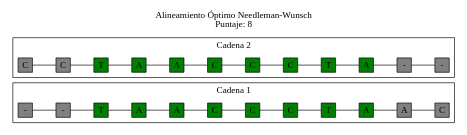
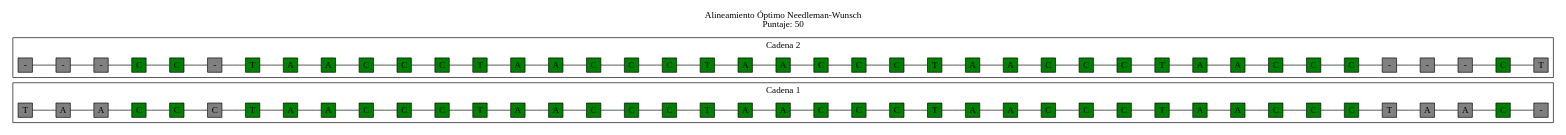
The diagram in alineamiento_resultado.dot (Ciel-gtz/Proyecto_Algoritmos_2025), drawn with Graphviz before and after one commit. The commit also changed 10 other files, not shown here.

```diff
--- a/alineamiento_resultado.dot
+++ b/alineamiento_resultado.dot
@@ -1,64 +1,180 @@
 digraph AlignmentResult {
   rankdir=LR; // Izquierda a Derecha
-  label = "Alineamiento Óptimo Needleman-Wunsch\nPuntaje: 8";
+  label = "Alineamiento Óptimo Needleman-Wunsch\nPuntaje: 50";
   labelloc = "t";
 
   subgraph cluster_C1 {
     label = "Cadena 1";
     rank = same;
     node [shape=box, style=filled, height=0.3, width=0.3, fixedsize=true];
-    C1_0 [label="-", fillcolor=gray, group=g0];
-    C1_1 [label="-", fillcolor=gray, group=g1];
+    C1_0 [label="T", fillcolor=gray, group=g0];
+    C1_1 [label="A", fillcolor=gray, group=g1];
     C1_0 -> C1_1 [dir=none];
-    C1_2 [label="T", fillcolor=green, group=g2];
+    C1_2 [label="A", fillcolor=gray, group=g2];
     C1_1 -> C1_2 [dir=none];
-    C1_3 [label="A", fillcolor=green, group=g3];
+    C1_3 [label="C", fillcolor=green, group=g3];
     C1_2 -> C1_3 [dir=none];
-    C1_4 [label="A", fillcolor=green, group=g4];
+    C1_4 [label="C", fillcolor=green, group=g4];
     C1_3 -> C1_4 [dir=none];
-    C1_5 [label="C", fillcolor=green, group=g5];
+    C1_5 [label="C", fillcolor=gray, group=g5];
     C1_4 -> C1_5 [dir=none];
-    C1_6 [label="C", fillcolor=green, group=g6];
+    C1_6 [label="T", fillcolor=green, group=g6];
     C1_5 -> C1_6 [dir=none];
-    C1_7 [label="C", fillcolor=green, group=g7];
+    C1_7 [label="A", fillcolor=green, group=g7];
     C1_6 -> C1_7 [dir=none];
-    C1_8 [label="T", fillcolor=green, group=g8];
+    C1_8 [label="A", fillcolor=green, group=g8];
     C1_7 -> C1_8 [dir=none];
-    C1_9 [label="A", fillcolor=green, group=g9];
+    C1_9 [label="C", fillcolor=green, group=g9];
     C1_8 -> C1_9 [dir=none];
-    C1_10 [label="A", fillcolor=gray, group=g10];
+    C1_10 [label="C", fillcolor=green, group=g10];
     C1_9 -> C1_10 [dir=none];
-    C1_11 [label="C", fillcolor=gray, group=g11];
+    C1_11 [label="C", fillcolor=green, group=g11];
     C1_10 -> C1_11 [dir=none];
+    C1_12 [label="T", fillcolor=green, group=g12];
+    C1_11 -> C1_12 [dir=none];
+    C1_13 [label="A", fillcolor=green, group=g13];
+    C1_12 -> C1_13 [dir=none];
+    C1_14 [label="A", fillcolor=green, group=g14];
+    C1_13 -> C1_14 [dir=none];
+    C1_15 [label="C", fillcolor=green, group=g15];
+    C1_14 -> C1_15 [dir=none];
+    C1_16 [label="C", fillcolor=green, group=g16];
+    C1_15 -> C1_16 [dir=none];
+    C1_17 [label="C", fillcolor=green, group=g17];
+    C1_16 -> C1_17 [dir=none];
+    C1_18 [label="T", fillcolor=green, group=g18];
+    C1_17 -> C1_18 [dir=none];
+    C1_19 [label="A", fillcolor=green, group=g19];
+    C1_18 -> C1_19 [dir=none];
+    C1_20 [label="A", fillcolor=green, group=g20];
+    C1_19 -> C1_20 [dir=none];
+    C1_21 [label="C", fillcolor=green, group=g21];
+    C1_20 -> C1_21 [dir=none];
+    C1_22 [label="C", fillcolor=green, group=g22];
+    C1_21 -> C1_22 [dir=none];
+    C1_23 [label="C", fillcolor=green, group=g23];
+    C1_22 -> C1_23 [dir=none];
+    C1_24 [label="T", fillcolor=green, group=g24];
+    C1_23 -> C1_24 [dir=none];
+    C1_25 [label="A", fillcolor=green, group=g25];
+    C1_24 -> C1_25 [dir=none];
+    C1_26 [label="A", fillcolor=green, group=g26];
+    C1_25 -> C1_26 [dir=none];
+    C1_27 [label="C", fillcolor=green, group=g27];
+    C1_26 -> C1_27 [dir=none];
+    C1_28 [label="C", fillcolor=green, group=g28];
+    C1_27 -> C1_28 [dir=none];
+    C1_29 [label="C", fillcolor=green, group=g29];
+    C1_28 -> C1_29 [dir=none];
+    C1_30 [label="T", fillcolor=green, group=g30];
+    C1_29 -> C1_30 [dir=none];
+    C1_31 [label="A", fillcolor=green, group=g31];
+    C1_30 -> C1_31 [dir=none];
+    C1_32 [label="A", fillcolor=green, group=g32];
+    C1_31 -> C1_32 [dir=none];
+    C1_33 [label="C", fillcolor=green, group=g33];
+    C1_32 -> C1_33 [dir=none];
+    C1_34 [label="C", fillcolor=green, group=g34];
+    C1_33 -> C1_34 [dir=none];
+    C1_35 [label="C", fillcolor=green, group=g35];
+    C1_34 -> C1_35 [dir=none];
+    C1_36 [label="T", fillcolor=gray, group=g36];
+    C1_35 -> C1_36 [dir=none];
+    C1_37 [label="A", fillcolor=gray, group=g37];
+    C1_36 -> C1_37 [dir=none];
+    C1_38 [label="A", fillcolor=gray, group=g38];
+    C1_37 -> C1_38 [dir=none];
+    C1_39 [label="C", fillcolor=green, group=g39];
+    C1_38 -> C1_39 [dir=none];
+    C1_40 [label="-", fillcolor=gray, group=g40];
+    C1_39 -> C1_40 [dir=none];
   }
 
   subgraph cluster_C2 {
     label = "Cadena 2";
     rank = same;
     node [shape=box, style=filled, height=0.3, width=0.3, fixedsize=true];
-    C2_0 [label="C", fillcolor=gray, group=g0];
-    C2_1 [label="C", fillcolor=gray, group=g1];
+    C2_0 [label="-", fillcolor=gray, group=g0];
+    C2_1 [label="-", fillcolor=gray, group=g1];
     C2_0 -> C2_1 [dir=none];
-    C2_2 [label="T", fillcolor=green, group=g2];
+    C2_2 [label="-", fillcolor=gray, group=g2];
     C2_1 -> C2_2 [dir=none];
-    C2_3 [label="A", fillcolor=green, group=g3];
+    C2_3 [label="C", fillcolor=green, group=g3];
     C2_2 -> C2_3 [dir=none];
-    C2_4 [label="A", fillcolor=green, group=g4];
+    C2_4 [label="C", fillcolor=green, group=g4];
     C2_3 -> C2_4 [dir=none];
-    C2_5 [label="C", fillcolor=green, group=g5];
+    C2_5 [label="-", fillcolor=gray, group=g5];
     C2_4 -> C2_5 [dir=none];
-    C2_6 [label="C", fillcolor=green, group=g6];
+    C2_6 [label="T", fillcolor=green, group=g6];
     C2_5 -> C2_6 [dir=none];
-    C2_7 [label="C", fillcolor=green, group=g7];
+    C2_7 [label="A", fillcolor=green, group=g7];
     C2_6 -> C2_7 [dir=none];
-    C2_8 [label="T", fillcolor=green, group=g8];
+    C2_8 [label="A", fillcolor=green, group=g8];
     C2_7 -> C2_8 [dir=none];
-    C2_9 [label="A", fillcolor=green, group=g9];
+    C2_9 [label="C", fillcolor=green, group=g9];
     C2_8 -> C2_9 [dir=none];
-    C2_10 [label="-", fillcolor=gray, group=g10];
+    C2_10 [label="C", fillcolor=green, group=g10];
     C2_9 -> C2_10 [dir=none];
-    C2_11 [label="-", fillcolor=gray, group=g11];
+    C2_11 [label="C", fillcolor=green, group=g11];
     C2_10 -> C2_11 [dir=none];
+    C2_12 [label="T", fillcolor=green, group=g12];
+    C2_11 -> C2_12 [dir=none];
+    C2_13 [label="A", fillcolor=green, group=g13];
+    C2_12 -> C2_13 [dir=none];
+    C2_14 [label="A", fillcolor=green, group=g14];
+    C2_13 -> C2_14 [dir=none];
+    C2_15 [label="C", fillcolor=green, group=g15];
+    C2_14 -> C2_15 [dir=none];
+    C2_16 [label="C", fillcolor=green, group=g16];
+    C2_15 -> C2_16 [dir=none];
+    C2_17 [label="C", fillcolor=green, group=g17];
+    C2_16 -> C2_17 [dir=none];
+    C2_18 [label="T", fillcolor=green, group=g18];
+    C2_17 -> C2_18 [dir=none];
+    C2_19 [label="A", fillcolor=green, group=g19];
+    C2_18 -> C2_19 [dir=none];
+    C2_20 [label="A", fillcolor=green, group=g20];
+    C2_19 -> C2_20 [dir=none];
+    C2_21 [label="C", fillcolor=green, group=g21];
+    C2_20 -> C2_21 [dir=none];
+    C2_22 [label="C", fillcolor=green, group=g22];
+    C2_21 -> C2_22 [dir=none];
+    C2_23 [label="C", fillcolor=green, group=g23];
+    C2_22 -> C2_23 [dir=none];
+    C2_24 [label="T", fillcolor=green, group=g24];
+    C2_23 -> C2_24 [dir=none];
+    C2_25 [label="A", fillcolor=green, group=g25];
+    C2_24 -> C2_25 [dir=none];
+    C2_26 [label="A", fillcolor=green, group=g26];
+    C2_25 -> C2_26 [dir=none];
+    C2_27 [label="C", fillcolor=green, group=g27];
+    C2_26 -> C2_27 [dir=none];
+    C2_28 [label="C", fillcolor=green, group=g28];
+    C2_27 -> C2_28 [dir=none];
+    C2_29 [label="C", fillcolor=green, group=g29];
+    C2_28 -> C2_29 [dir=none];
+    C2_30 [label="T", fillcolor=green, group=g30];
+    C2_29 -> C2_30 [dir=none];
+    C2_31 [label="A", fillcolor=green, group=g31];
+    C2_30 -> C2_31 [dir=none];
+    C2_32 [label="A", fillcolor=green, group=g32];
+    C2_31 -> C2_32 [dir=none];
+    C2_33 [label="C", fillcolor=green, group=g33];
+    C2_32 -> C2_33 [dir=none];
+    C2_34 [label="C", fillcolor=green, group=g34];
+    C2_33 -> C2_34 [dir=none];
+    C2_35 [label="C", fillcolor=green, group=g35];
+    C2_34 -> C2_35 [dir=none];
+    C2_36 [label="-", fillcolor=gray, group=g36];
+    C2_35 -> C2_36 [dir=none];
+    C2_37 [label="-", fillcolor=gray, group=g37];
+    C2_36 -> C2_37 [dir=none];
+    C2_38 [label="-", fillcolor=gray, group=g38];
+    C2_37 -> C2_38 [dir=none];
+    C2_39 [label="C", fillcolor=green, group=g39];
+    C2_38 -> C2_39 [dir=none];
+    C2_40 [label="T", fillcolor=gray, group=g40];
+    C2_39 -> C2_40 [dir=none];
   }
 
 }
```
